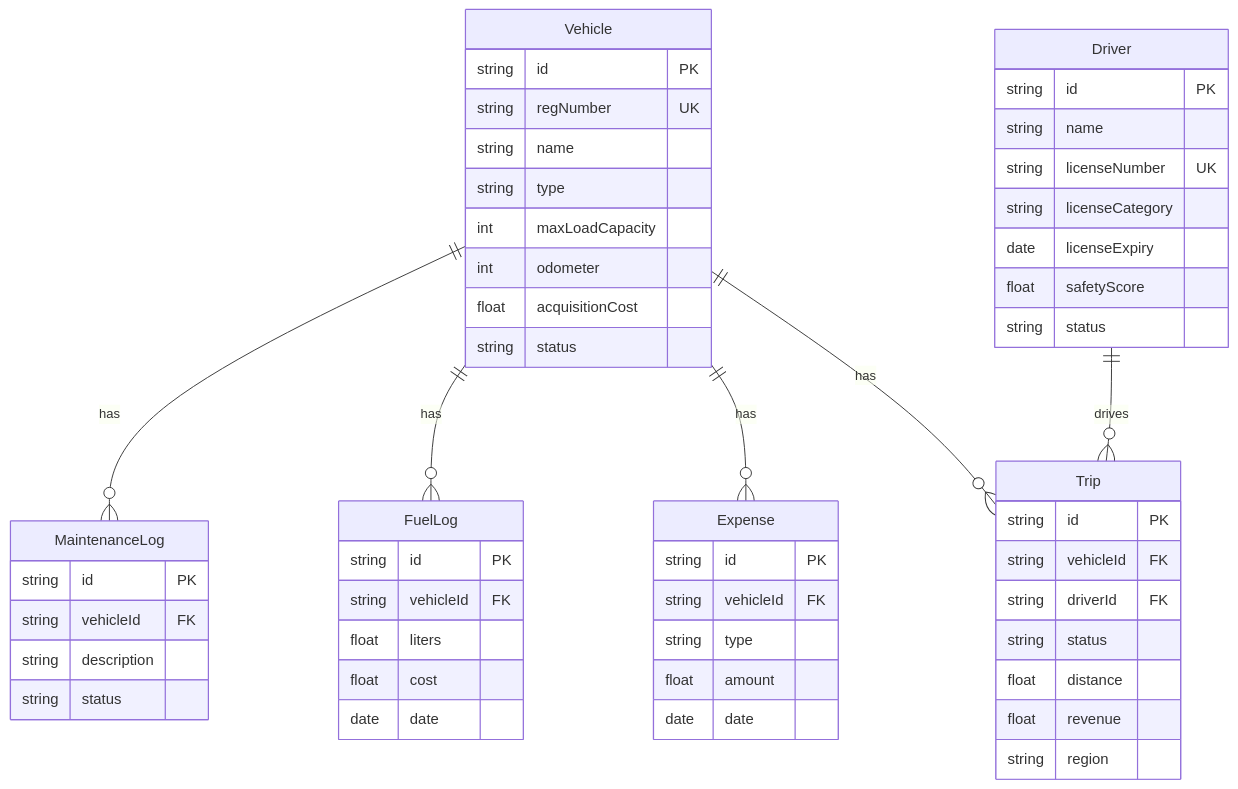
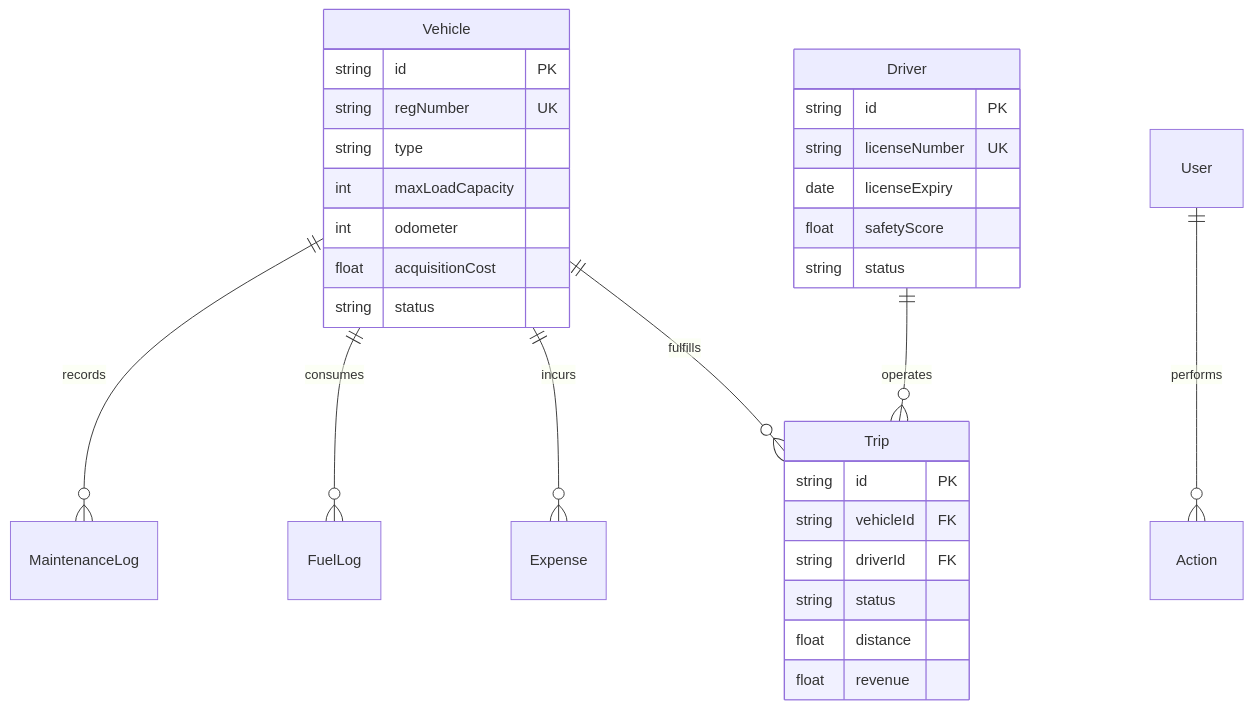
Before and after one commit to asta-maxx/OneReign_1: the third of 4 diagrams in README.md, drawn with Mermaid. The commit also changed other lines of this file, not shown here.

````diff
--- a/README.md
+++ b/README.md
@@ -230,62 +171,36 @@
 ```mermaid
 erDiagram
-    Vehicle ||--o{ MaintenanceLog : has
-    Vehicle ||--o{ FuelLog : has
-    Vehicle ||--o{ Expense : has
-    Vehicle ||--o{ Trip : has
-    Driver ||--o{ Trip : drives
+    Vehicle ||--o{ MaintenanceLog : records
+    Vehicle ||--o{ FuelLog : consumes
+    Vehicle ||--o{ Expense : incurs
+    Vehicle ||--o{ Trip : fulfills
+    Driver ||--o{ Trip : operates
+    User ||--o{ Action : performs
 
     Vehicle {
         string id PK
         string regNumber UK
-        string name
         string type
         int maxLoadCapacity
         int odometer
         float acquisitionCost
         string status
     }
 
     Driver {
         string id PK
-        string name
         string licenseNumber UK
-        string licenseCategory
         date licenseExpiry
         float safetyScore
         string status
     }
 
     Trip {
         string id PK
         string vehicleId FK
         string driverId FK
         string status
         float distance
         float revenue
-        string region
-    }
-
-    MaintenanceLog {
-        string id PK
-        string vehicleId FK
-        string description
-        string status
-    }
-
-    FuelLog {
-        string id PK
-        string vehicleId FK
-        float liters
-        float cost
-        date date
-    }
-
-    Expense {
-        string id PK
-        string vehicleId FK
-        string type
-        float amount
-        date date
     }
 ```
````
